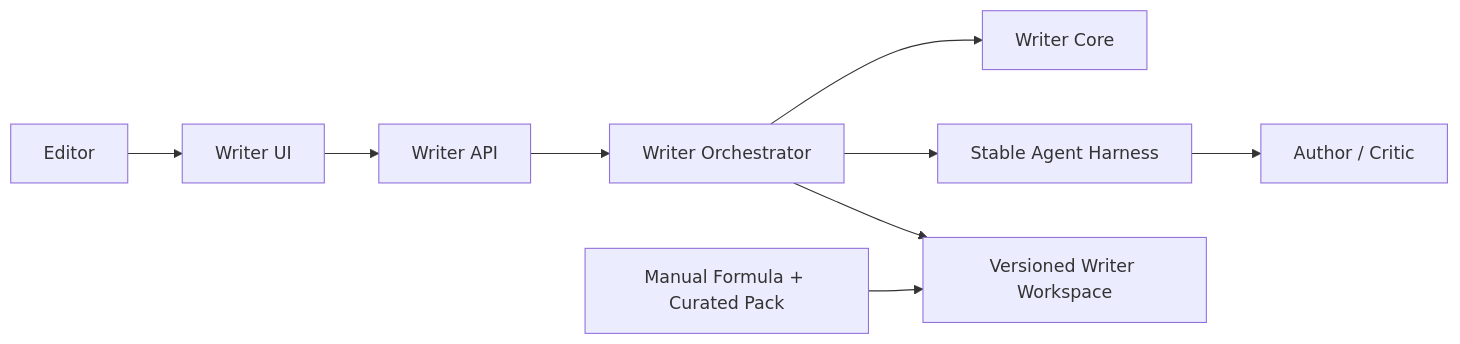
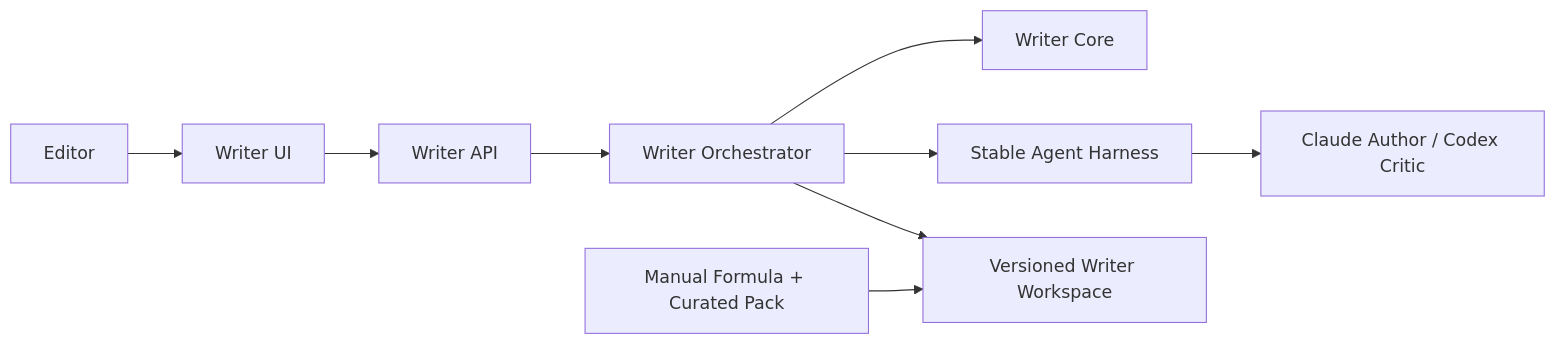
The first of 3 diagrams in docs/specs/002-writer-agent-mvp/solution-design.md (Hungbk295/writer-room), drawn with Mermaid before and after one commit. The commit also changed other lines of this file and 14 other files, not shown here.

````diff
--- a/docs/specs/002-writer-agent-mvp/solution-design.md
+++ b/docs/specs/002-writer-agent-mvp/solution-design.md
@@ -94,11 +97,11 @@
 ```mermaid
 flowchart LR
     U[Editor] --> UI[Writer UI]
     UI --> API[Writer API]
     API --> ORCH[Writer Orchestrator]
     ORCH --> CORE[Writer Core]
     ORCH --> HARNESS[Stable Agent Harness]
     ORCH --> FS[Versioned Writer Workspace]
-    HARNESS --> AGENTS[Author / Critic]
+    HARNESS --> AGENTS[Claude Author / Codex Critic]
     PACK[Manual Formula + Curated Pack] --> FS
 ```
````
